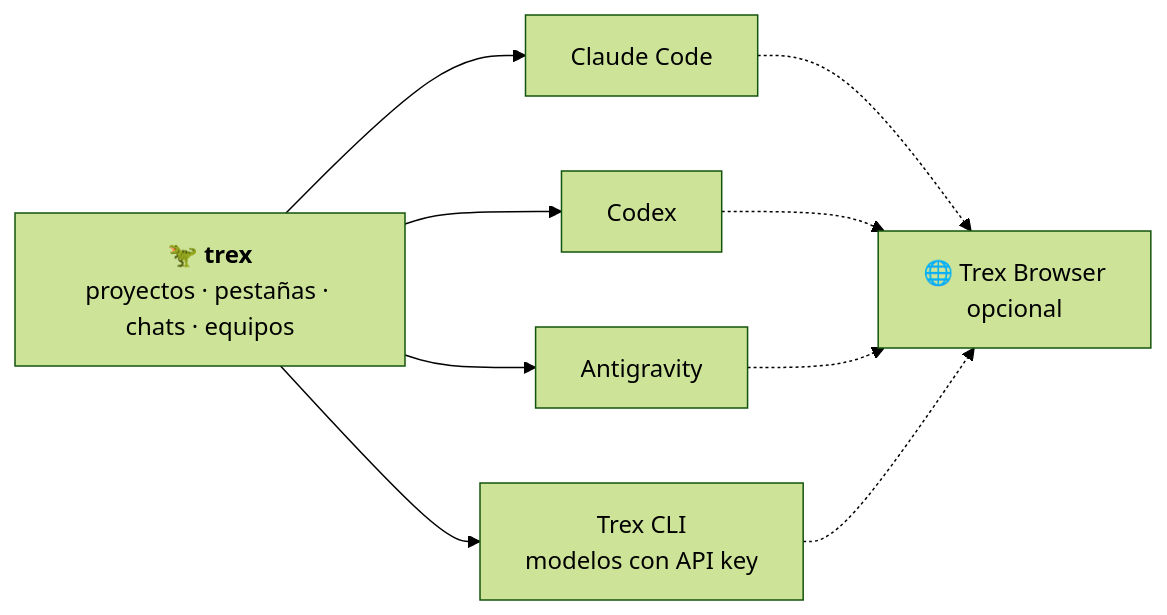
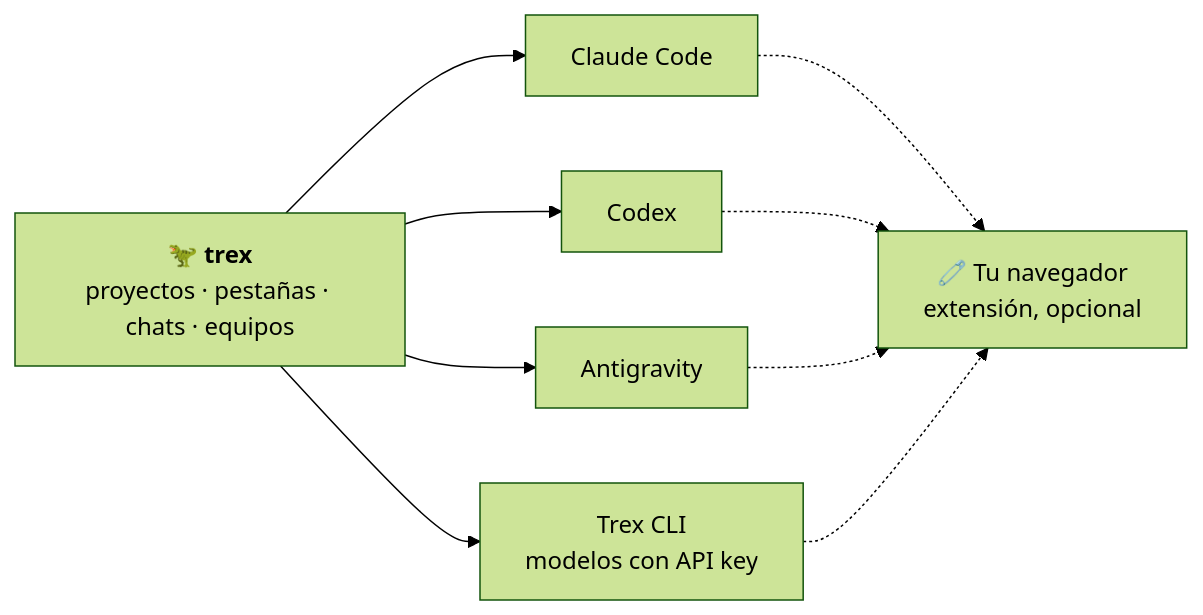
The diagram in README.md (Y0RD1N/Trex), drawn with Mermaid (forest theme) before and after one commit. The commit also changed other lines of this file and 234 other files, not shown here.

````diff
--- a/README.md
+++ b/README.md
@@ -69,9 +68,9 @@
 ```mermaid
 flowchart LR
     app["🦖 <b>trex</b><br/>proyectos · pestañas · chats · equipos"]
     app --> claude["Claude Code"]
     app --> codex["Codex"]
     app --> anti["Antigravity"]
     app --> cli["Trex CLI<br/>modelos con API key"]
-    claude & codex & anti & cli -.-> nav["🌐 Trex Browser<br/>opcional"]
+    claude & codex & anti & cli -.-> nav["🧷 Tu navegador<br/>extensión, opcional"]
 ```
````
